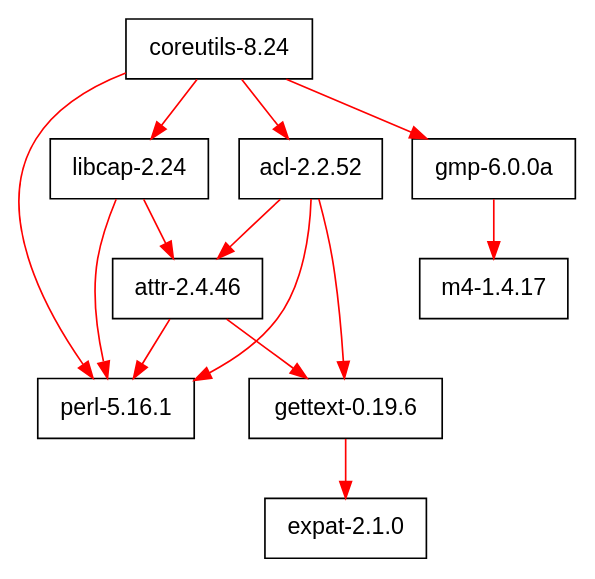
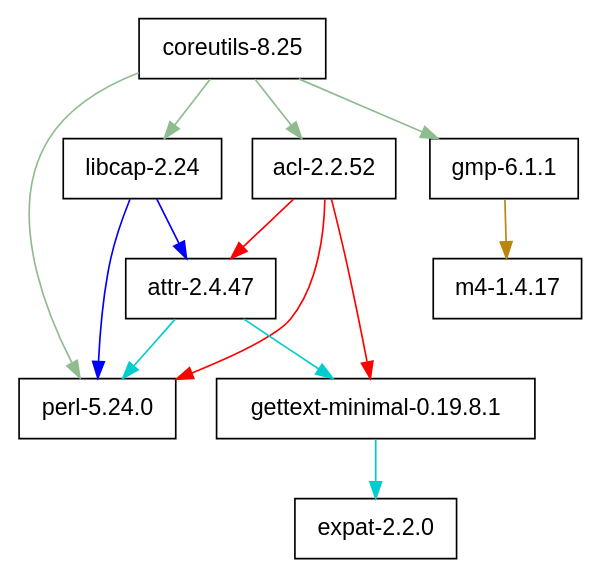
One commit to guix-mirror/guix changed the diagram in doc/images/coreutils-graph.dot. Above: the diagram before and after it, drawn with Graphviz. The commit also changed 3 other files, not shown here.

First line of the commit message:
doc: Update dot graphs.

```diff
--- a/doc/images/coreutils-graph.dot
+++ b/doc/images/coreutils-graph.dot
@@ -1,25 +1,25 @@
 digraph "Guix package" {
-  "70481600" [label = "coreutils-8.24", shape = box, fontname = Helvetica];
-  "70481600" -> "50717824" [color = red];
-  "70481600" -> "57499200" [color = red];
-  "70481600" -> "57496320" [color = red];
-  "70481600" -> "69877504" [color = red];
-  "50717824" [label = "perl-5.16.1", shape = box, fontname = Helvetica];
-  "57499200" [label = "acl-2.2.52", shape = box, fontname = Helvetica];
-  "57499200" -> "70563904" [color = red];
-  "57499200" -> "50717824" [color = red];
-  "57499200" -> "70563520" [color = red];
-  "70563904" [label = "gettext-0.19.6", shape = box, fontname = Helvetica];
-  "70563904" -> "69316352" [color = red];
-  "69316352" [label = "expat-2.1.0", shape = box, fontname = Helvetica];
-  "70563520" [label = "attr-2.4.46", shape = box, fontname = Helvetica];
-  "70563520" -> "70563904" [color = red];
-  "70563520" -> "50717824" [color = red];
-  "57496320" [label = "gmp-6.0.0a", shape = box, fontname = Helvetica];
-  "57496320" -> "57498432" [color = red];
-  "57498432" [label = "m4-1.4.17", shape = box, fontname = Helvetica];
-  "69877504" [label = "libcap-2.24", shape = box, fontname = Helvetica];
-  "69877504" -> "50717824" [color = red];
-  "69877504" -> "70563520" [color = red];
+  "72851008" [label = "coreutils-8.25", shape = box, fontname = Helvetica];
+  "72851008" -> "49728512" [color = darkseagreen];
+  "72851008" -> "74872512" [color = darkseagreen];
+  "72851008" -> "53180864" [color = darkseagreen];
+  "72851008" -> "75199232" [color = darkseagreen];
+  "49728512" [label = "perl-5.24.0", shape = box, fontname = Helvetica];
+  "74872512" [label = "acl-2.2.52", shape = box, fontname = Helvetica];
+  "74872512" -> "74873280" [color = red];
+  "74872512" -> "49728512" [color = red];
+  "74872512" -> "74872704" [color = red];
+  "74873280" [label = "gettext-minimal-0.19.8.1", shape = box, fontname = Helvetica];
+  "74873280" -> "41550784" [color = cyan3];
+  "41550784" [label = "expat-2.2.0", shape = box, fontname = Helvetica];
+  "74872704" [label = "attr-2.4.47", shape = box, fontname = Helvetica];
+  "74872704" -> "74873280" [color = cyan3];
+  "74872704" -> "49728512" [color = cyan3];
+  "53180864" [label = "gmp-6.1.1", shape = box, fontname = Helvetica];
+  "53180864" -> "50262784" [color = darkgoldenrod];
+  "50262784" [label = "m4-1.4.17", shape = box, fontname = Helvetica];
+  "75199232" [label = "libcap-2.24", shape = box, fontname = Helvetica];
+  "75199232" -> "49728512" [color = blue];
+  "75199232" -> "74872704" [color = blue];
 
 }
```
